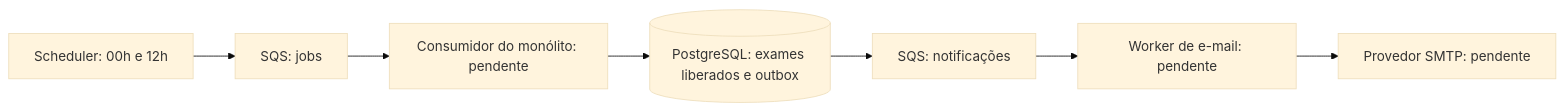
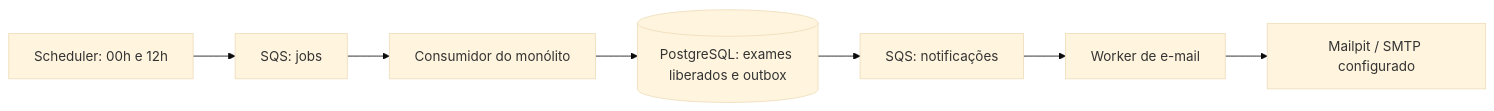
One commit to itodoconhecer-cmyk/clinicahans changed the diagram in infra/localstack/README.md. Above: the diagram before and after it, drawn with Mermaid (base theme). The commit also changed other lines of this file and 57 other files, not shown here.

````diff
--- a/infra/localstack/README.md
+++ b/infra/localstack/README.md
@@ -48,9 +50,9 @@
 ```mermaid
 flowchart LR
     S[Scheduler: 00h e 12h] --> J[SQS: jobs]
-    J --> C[Consumidor do monólito: pendente]
+    J --> C[Consumidor do monólito]
     C --> P[(PostgreSQL: exames liberados e outbox)]
     P --> N[SQS: notificações]
-    N --> W[Worker de e-mail: pendente]
-    W --> E[Provedor SMTP: pendente]
+    N --> W[Worker de e-mail]
+    W --> E[Mailpit / SMTP configurado]
 ```
````
